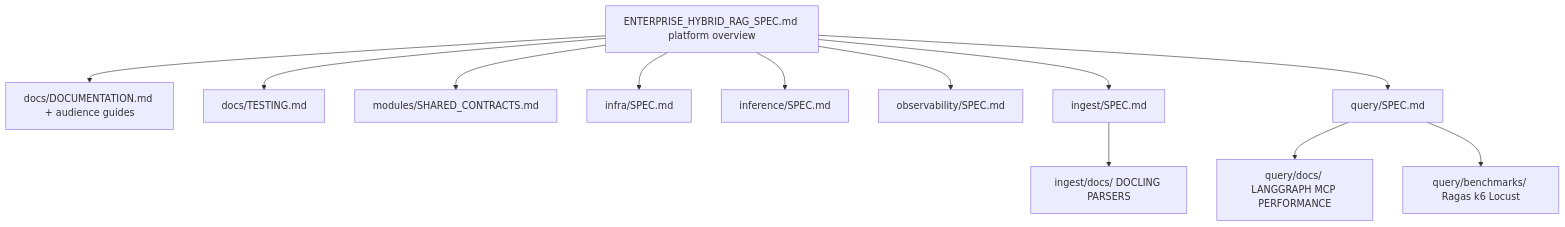
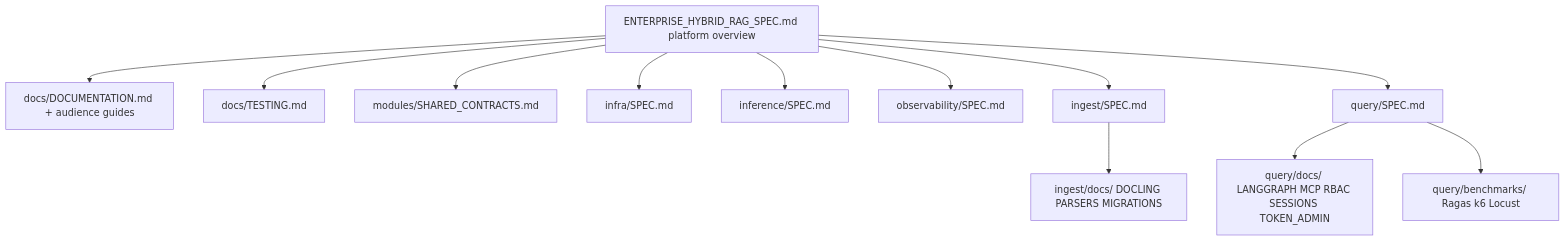
One commit to ashutoshkumarsinha/enterprise-hybrid-rag changed the diagram in docs/SPEC_ROADMAP.md. Above: the diagram before and after it, drawn with Mermaid. The commit also changed other lines of this file and 18 other files, not shown here.

````diff
--- a/docs/SPEC_ROADMAP.md
+++ b/docs/SPEC_ROADMAP.md
@@ -121,15 +125,15 @@
 ```mermaid
 flowchart TB
     SPEC[ENTERPRISE_HYBRID_RAG_SPEC.md platform overview]
     SPEC --> DOC[docs/DOCUMENTATION.md + audience guides]
     SPEC --> TST[docs/TESTING.md]
     SPEC --> KERNEL[modules/SHARED_CONTRACTS.md]
     SPEC --> INFRA[infra/SPEC.md]
     SPEC --> INFER[inference/SPEC.md]
     SPEC --> OBS[observability/SPEC.md]
     SPEC --> ING[ingest/SPEC.md]
     SPEC --> Q[query/SPEC.md]
-    Q --> QD[query/docs/ LANGGRAPH MCP PERFORMANCE]
-    ING --> ID[ingest/docs/ DOCLING PARSERS]
+    Q --> QD[query/docs/ LANGGRAPH MCP RBAC SESSIONS TOKEN_ADMIN]
+    ING --> ID[ingest/docs/ DOCLING PARSERS MIGRATIONS]
     Q --> BENCH[query/benchmarks/ Ragas k6 Locust]
 ```
````
